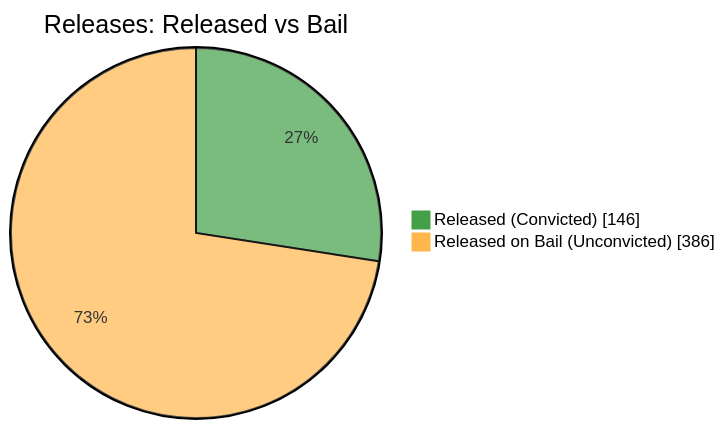
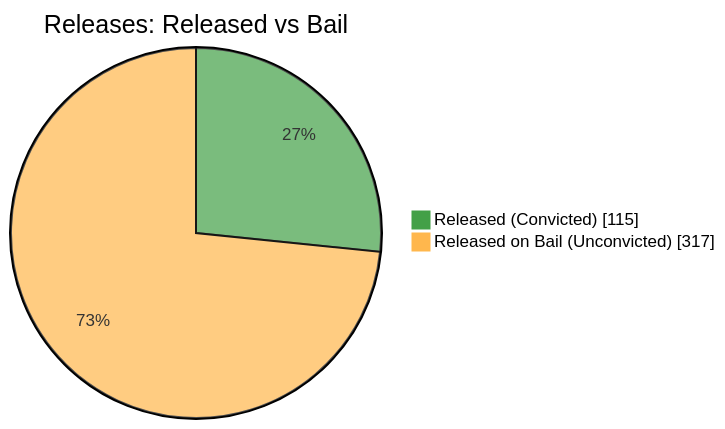
One commit to nuuuwan/lk_prisons changed the fifth of 7 diagrams in README.md. Above: the diagram before and after it, drawn with Mermaid. The commit also changed other lines of this file and 1 other file, not shown here.

````diff
--- a/README.md
+++ b/README.md
@@ -87,6 +87,6 @@
 ```mermaid
 %%{init: {'themeVariables': {'pie1': '#43A047', 'pie2': '#FFB74D'}}}%%
 pie showData title Releases: Released vs Bail
-    "Released (Convicted)" : 146
-    "Released on Bail (Unconvicted)" : 386
+    "Released (Convicted)" : 115
+    "Released on Bail (Unconvicted)" : 317
 ```
````
